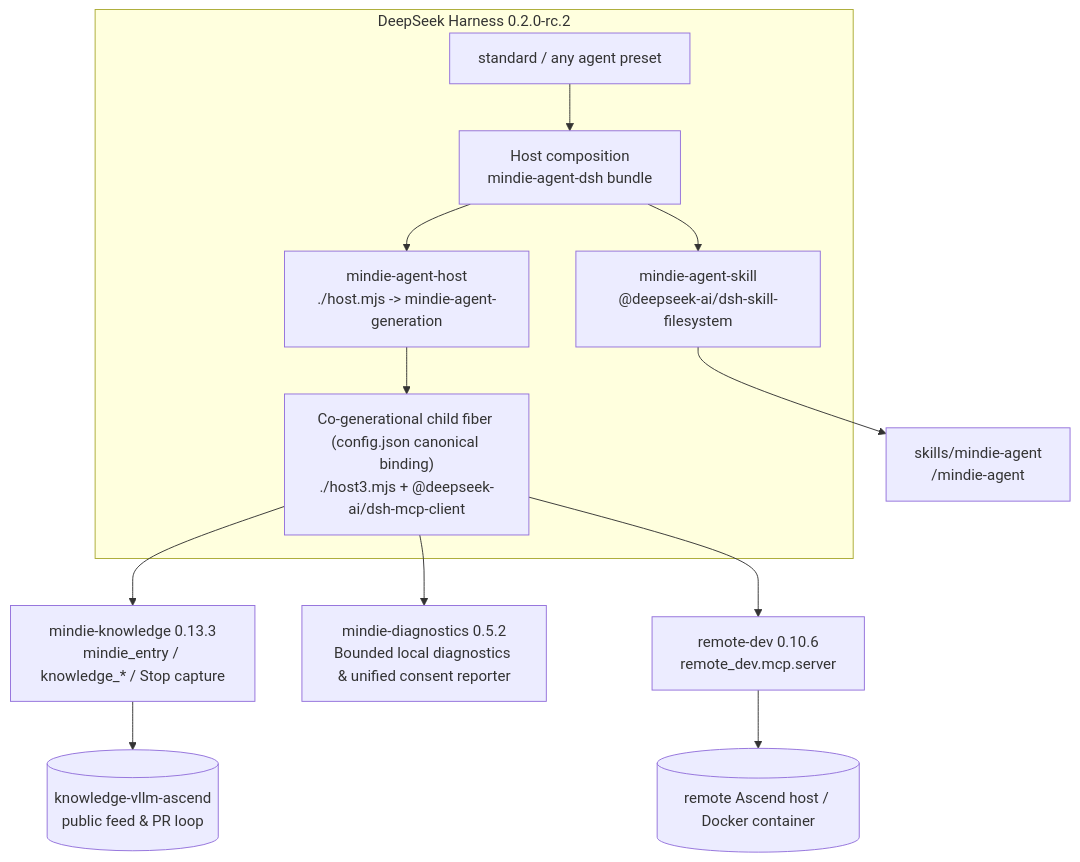
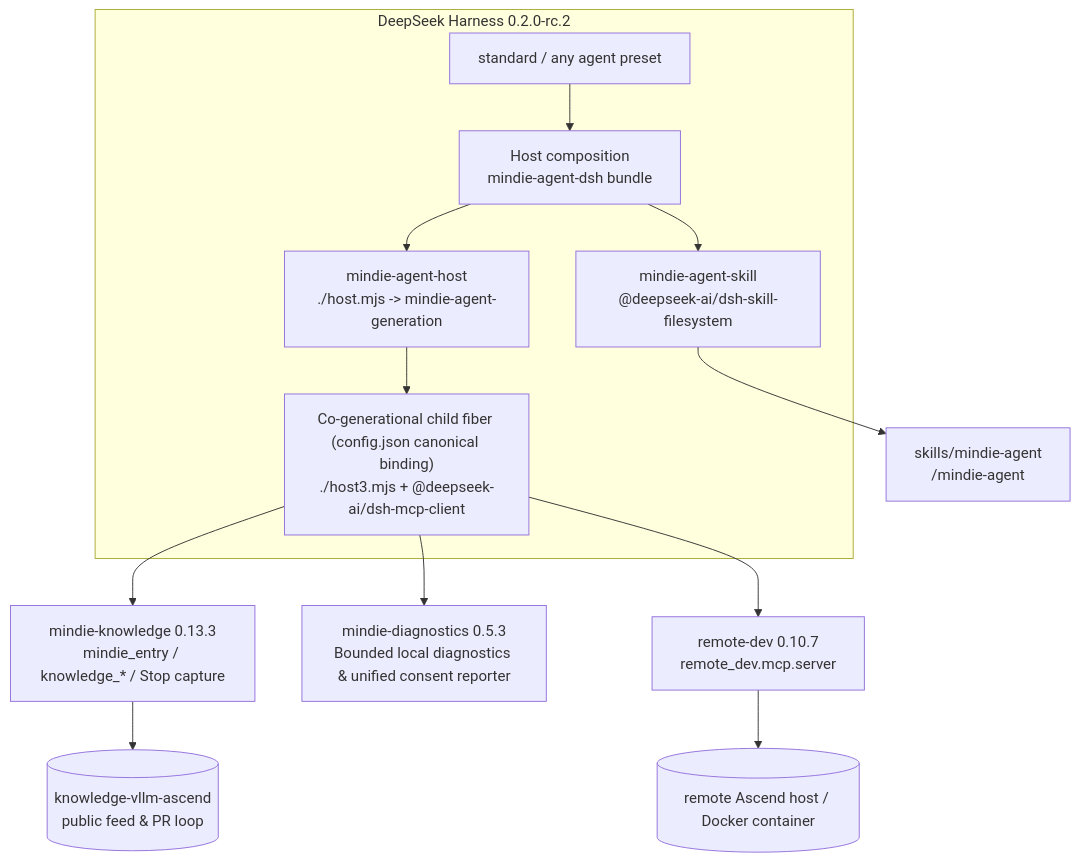
Before and after one commit to mindie-agent/mindie-agent-dsh: the diagram in README.en.md, drawn with Mermaid. The commit also changed other lines of this file, not shown here.

````diff
--- a/README.en.md
+++ b/README.en.md
@@ -197,20 +197,20 @@
 ```mermaid
 flowchart TB
   subgraph DSH["DeepSeek Harness 0.2.0-rc.2"]
     HOST["Host composition<br/>mindie-agent-dsh bundle"]
     STD["standard / any agent preset"]
     SKILL["mindie-agent-skill<br/>@deepseek-ai/dsh-skill-filesystem"]
     HPLUG["mindie-agent-host<br/>./host.mjs -> mindie-agent-generation"]
     GEN["Co-generational child fiber (config.json canonical binding)<br/>./host3.mjs + @deepseek-ai/dsh-mcp-client"]
     STD --> HOST
     HOST --> SKILL
     HOST --> HPLUG
     HPLUG --> GEN
   end
   SKILL --> SK["skills/mindie-agent<br/>/mindie-agent"]
   GEN --> KS["mindie-knowledge 0.13.3<br/>mindie_entry / knowledge_* / Stop capture"]
-  GEN --> DIAG["mindie-diagnostics 0.5.2<br/>Bounded local diagnostics & unified consent reporter"]
+  GEN --> DIAG["mindie-diagnostics 0.5.3<br/>Bounded local diagnostics & unified consent reporter"]
   KS --> FEED[("knowledge-vllm-ascend<br/>public feed & PR loop")]
-  GEN --> RD["remote-dev 0.10.6<br/>remote_dev.mcp.server"]
+  GEN --> RD["remote-dev 0.10.7<br/>remote_dev.mcp.server"]
   RD --> NPU[("remote Ascend host / Docker container")]
 ```
````
